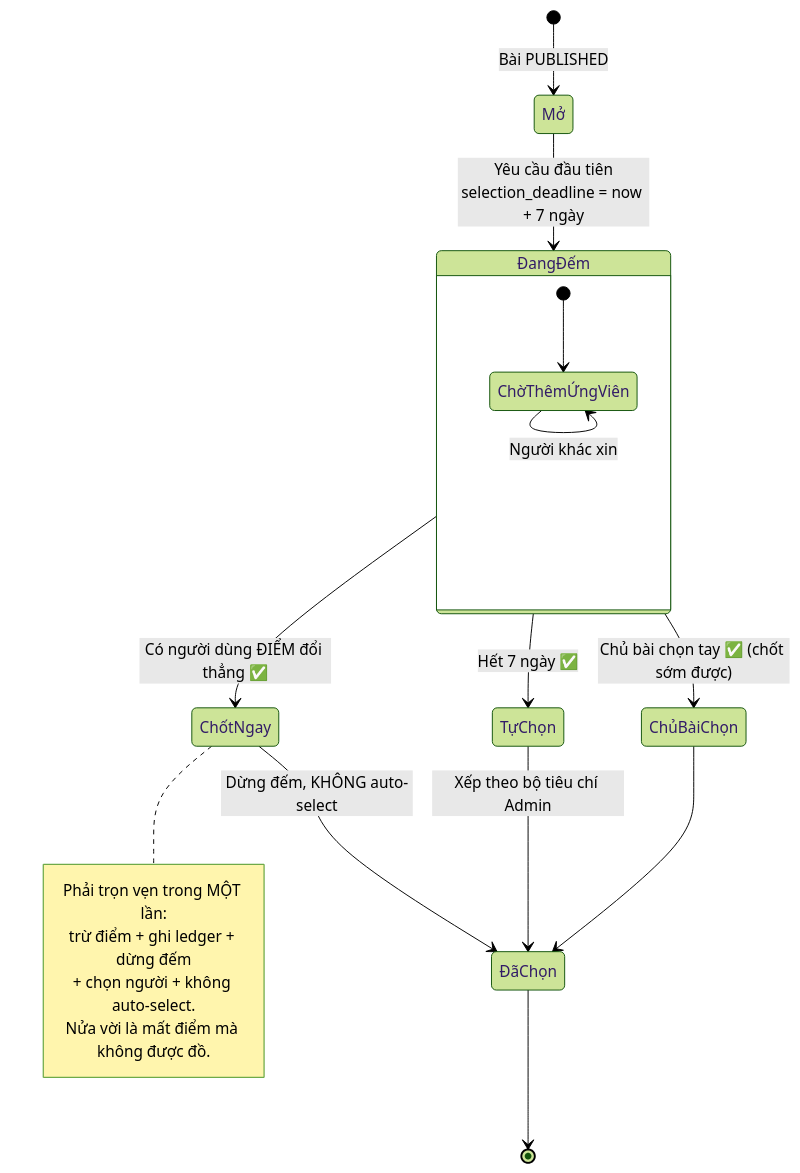
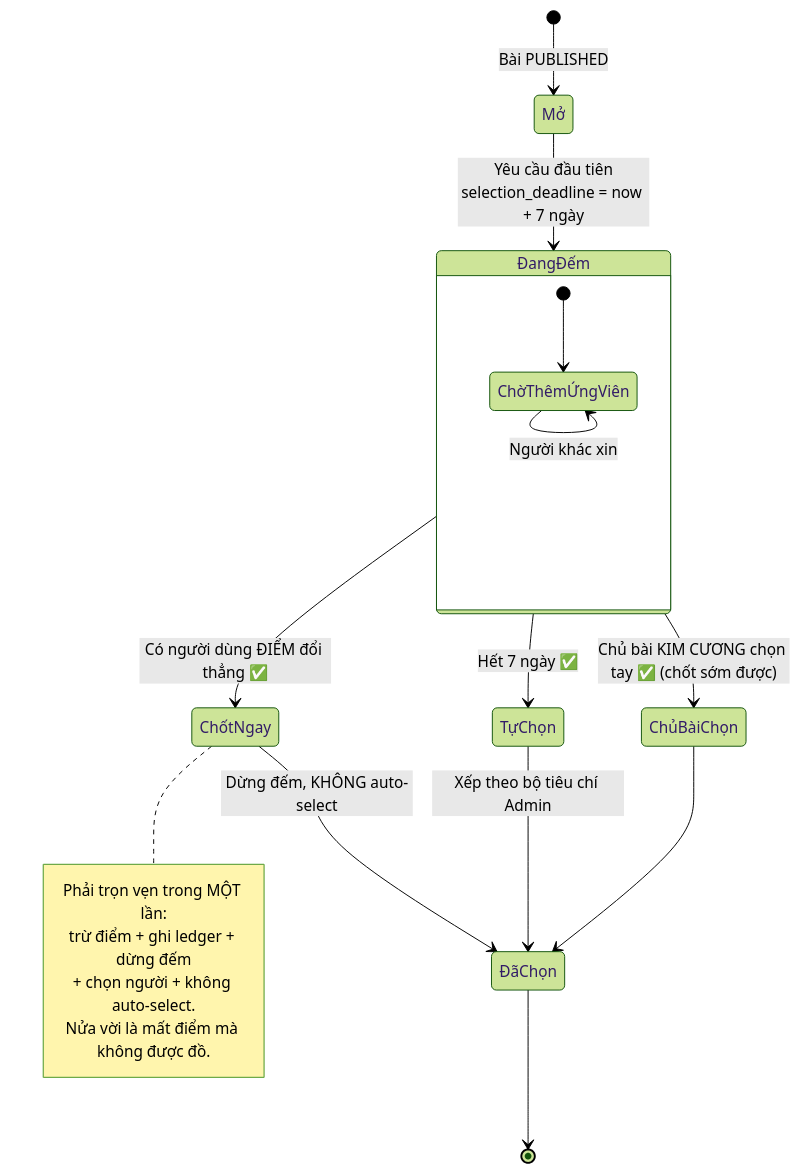
One commit to fdshn/trueheart changed the third of 8 diagrams in docs/diagram/07-request.md. Above: the diagram before and after it, drawn with Mermaid (forest theme). The commit also changed 15 other files, not shown here.

First line of the commit message:
feat(f31): chỉ Kim Cương được chọn tay người nhận (CHỐT-10 mục 1.2)

````diff
--- a/docs/diagram/07-request.md
+++ b/docs/diagram/07-request.md
@@ -102,26 +102,26 @@
 ```mermaid
 stateDiagram-v2
     [*] --> Mở: Bài PUBLISHED
     Mở --> ĐangĐếm: Yêu cầu đầu tiên<br/>selection_deadline = now + 7 ngày
 
     state ĐangĐếm {
         [*] --> ChờThêmỨngViên
         ChờThêmỨngViên --> ChờThêmỨngViên: Người khác xin
     }
 
     ĐangĐếm --> ChốtNgay: Có người dùng ĐIỂM đổi thẳng ✅
     ĐangĐếm --> TựChọn: Hết 7 ngày ✅
-    ĐangĐếm --> ChủBàiChọn: Chủ bài chọn tay ✅ (chốt sớm được)
+    ĐangĐếm --> ChủBàiChọn: Chủ bài KIM CƯƠNG chọn tay ✅ (chốt sớm được)
 
     ChốtNgay --> ĐãChọn: Dừng đếm, KHÔNG auto-select
     TựChọn --> ĐãChọn: Xếp theo bộ tiêu chí Admin
     ChủBàiChọn --> ĐãChọn
     ĐãChọn --> [*]
 
     note right of ChốtNgay
         Phải trọn vẹn trong MỘT lần:
         trừ điểm + ghi ledger + dừng đếm
         + chọn người + không auto-select.
         Nửa vời là mất điểm mà không được đồ.
     end note
 ```
````
